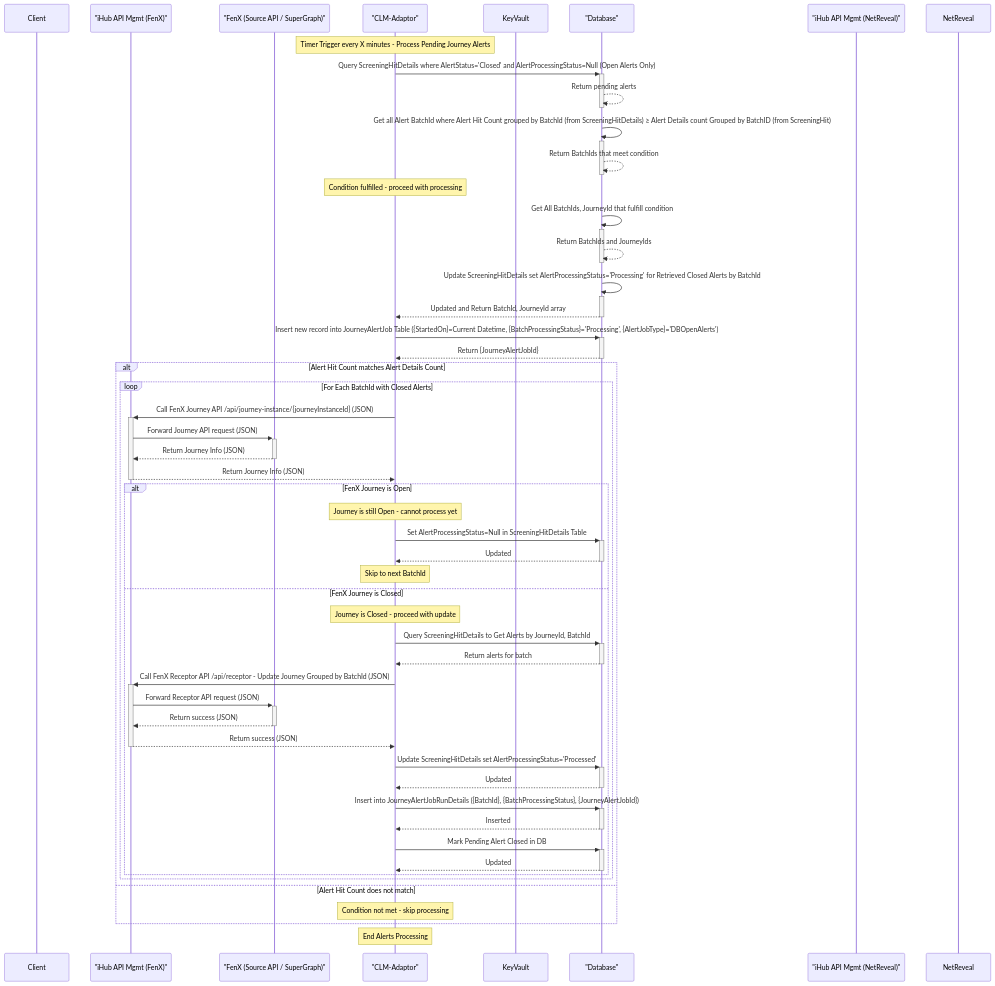
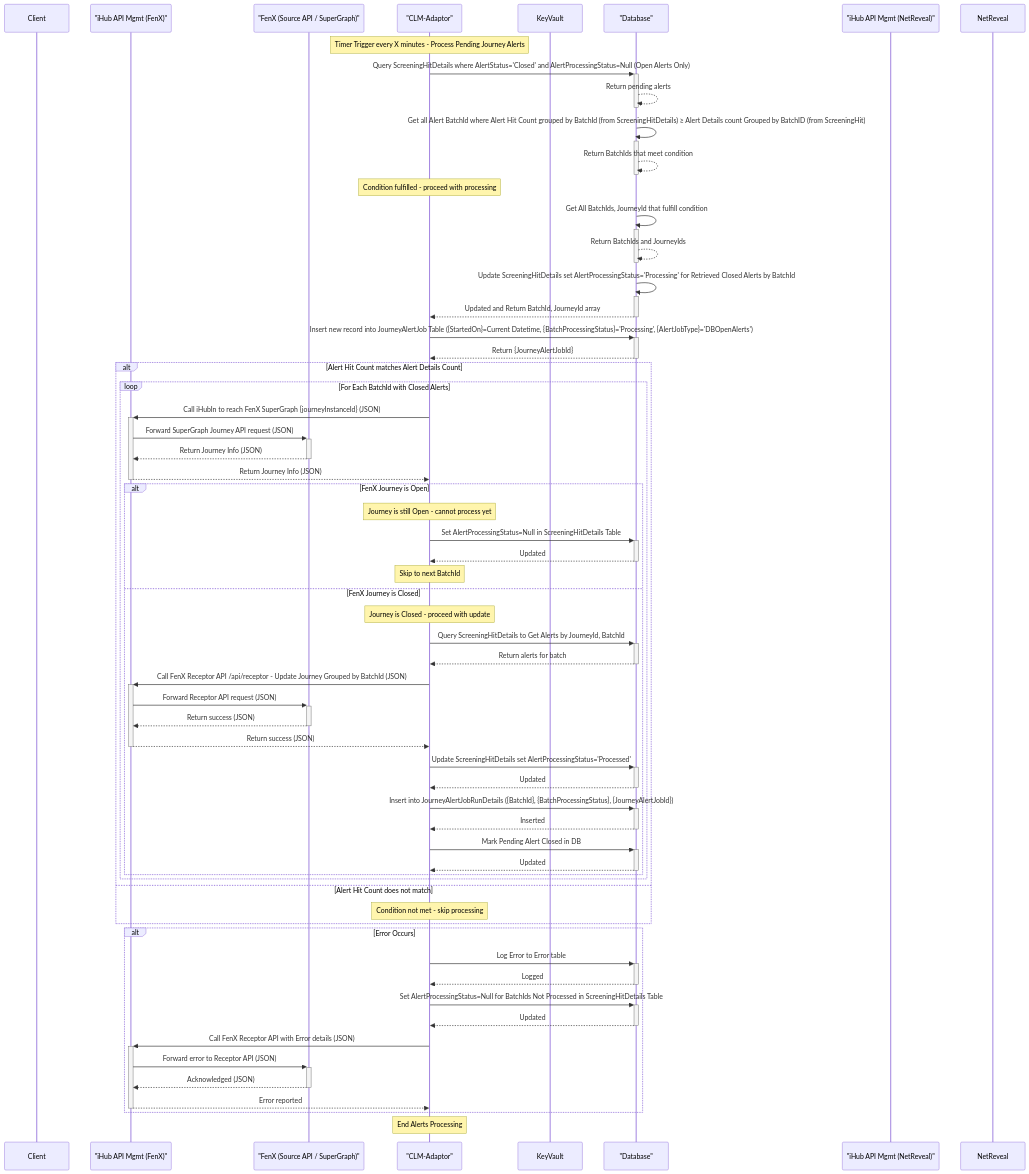
One commit to jojokoshy/Architecture_Diagrams_Python_AI changed the diagram in Arch_Diagrams/v2/AlertFlow2-sequence.mmd. Above: the diagram before and after it, drawn with Mermaid.

Commit message:
Update AlertFlow2 sequence diagram: clarify API interactions with iHub and FenX, and add error handling process

```diff
--- a/Arch_Diagrams/v2/AlertFlow2-sequence.mmd
+++ b/Arch_Diagrams/v2/AlertFlow2-sequence.mmd
@@ -1,94 +1,105 @@
 %%{init: {"theme":"default","themeVariables": {"fontSize":"12"}}}%%
 sequenceDiagram
   %% Participants left-to-right for readability
   participant Client
   participant iHubIn as "iHub API Mgmt (FenX)"
   participant FenX as "FenX (Source API / SuperGraph)"
   participant CLMAdaptor as "CLM-Adaptor"
   participant KeyVault
   participant DB as "Database"
   participant iHubOut as "iHub API Mgmt (NetReveal)"
   participant NetReveal
 
   %% Timer Trigger
   Note over CLMAdaptor: Timer Trigger every X minutes - Process Pending Journey Alerts
   
   %% Query pending alerts
   CLMAdaptor->>+DB: Query ScreeningHitDetails where AlertStatus='Closed' and AlertProcessingStatus=Null (Open Alerts Only)
   DB-->>-DB: Return pending alerts
   
   %% Check alert counts by BatchId
   DB->>+DB: Get all Alert BatchId where Alert Hit Count grouped by BatchId (from ScreeningHitDetails) ≥ Alert Details count Grouped by BatchID (from ScreeningHit)
   DB-->>-DB: Return BatchIds that meet condition
   Note over CLMAdaptor: Condition fulfilled - proceed with processing
     
     %% Get BatchIds and JourneyIds
     DB->>+DB: Get All BatchIds, JourneyId that fulfill condition
     DB-->>-DB: Return BatchIds and JourneyIds
     
     DB->>+DB: Update ScreeningHitDetails set AlertProcessingStatus='Processing' for Retrieved Closed Alerts by BatchId
     DB-->>-CLMAdaptor: Updated and Return BatchId, JourneyId array
     
     %% Insert into JourneyAlertJob
     CLMAdaptor->>+DB: Insert new record into JourneyAlertJob Table ({StartedOn}=Current Datetime, {BatchProcessingStatus}='Processing', {AlertJobType}='DBOpenAlerts')
     DB-->>-CLMAdaptor: Return {JourneyAlertJobId}
   %% Decision: Alert check condition
   alt Alert Hit Count matches Alert Details Count
     
     
     %% Update processing flags
 
     
     %% Loop through alerts grouped by BatchId
     loop For Each BatchId with Closed Alerts
       
-      %% Query FenX for Journey Info
-      CLMAdaptor->>+iHubIn: Call FenX Journey API /api/journey-instance/{journeyInstanceId} (JSON)
-      iHubIn->>+FenX: Forward Journey API request (JSON)
+      %% Query SuperGraph (FenX) for Journey Info via iHub
+      CLMAdaptor->>+iHubIn: Call iHubIn to reach FenX SuperGraph  {journeyInstanceId} (JSON)
+      iHubIn->>+FenX: Forward SuperGraph Journey API request (JSON)
       FenX-->>-iHubIn: Return Journey Info (JSON)
       iHubIn-->>-CLMAdaptor: Return Journey Info (JSON)
       
       %% Decision: FenX Journey Open?
       alt FenX Journey is Open
         Note over CLMAdaptor: Journey is still Open - cannot process yet
         
         %% Reset processing flag for retry
         CLMAdaptor->>+DB: Set AlertProcessingStatus=Null in ScreeningHitDetails Table
         DB-->>-CLMAdaptor: Updated
         
         Note over CLMAdaptor: Skip to next BatchId
         
       else FenX Journey is Closed
         Note over CLMAdaptor: Journey is Closed - proceed with update
         
         %% Get alerts by JourneyId and BatchId
         CLMAdaptor->>+DB: Query ScreeningHitDetails to Get Alerts by JourneyId, BatchId
         DB-->>-CLMAdaptor: Return alerts for batch
         
         %% Update Journey via Receptor API
         CLMAdaptor->>+iHubIn: Call FenX Receptor API /api/receptor - Update Journey Grouped by BatchId (JSON)
         iHubIn->>+FenX: Forward Receptor API request (JSON)
         FenX-->>-iHubIn: Return success (JSON)
         iHubIn-->>-CLMAdaptor: Return success (JSON)
         
         %% Update processing flag
         CLMAdaptor->>+DB: Update ScreeningHitDetails set AlertProcessingStatus='Processed'
         DB-->>-CLMAdaptor: Updated
         
         %% Insert into JourneyAlertJobRunDetails
         CLMAdaptor->>+DB: Insert into JourneyAlertJobRunDetails ({BatchId}, {BatchProcessingStatus}, {JourneyAlertJobId})
         DB-->>-CLMAdaptor: Inserted
         
         %% Mark pending alert closed
         CLMAdaptor->>+DB: Mark Pending Alert Closed in DB
         DB-->>-CLMAdaptor: Updated
         
       end
       
     end
     
   else Alert Hit Count does not match
     Note over CLMAdaptor: Condition not met - skip processing
   end
   
+  alt Error Occurs
+    CLMAdaptor->>+DB: Log Error to Error table
+    DB-->>-CLMAdaptor: Logged
+    CLMAdaptor->>+DB: Set AlertProcessingStatus=Null for BatchIds Not Processed in ScreeningHitDetails Table
+    DB-->>-CLMAdaptor: Updated
+    CLMAdaptor->>+iHubIn: Call FenX Receptor API with Error details (JSON)
+    iHubIn->>+FenX: Forward error to Receptor API (JSON)
+    FenX-->>-iHubIn: Acknowledged (JSON)
+    iHubIn-->>-CLMAdaptor: Error reported
+  end
+
   Note over CLMAdaptor: End Alerts Processing
```
